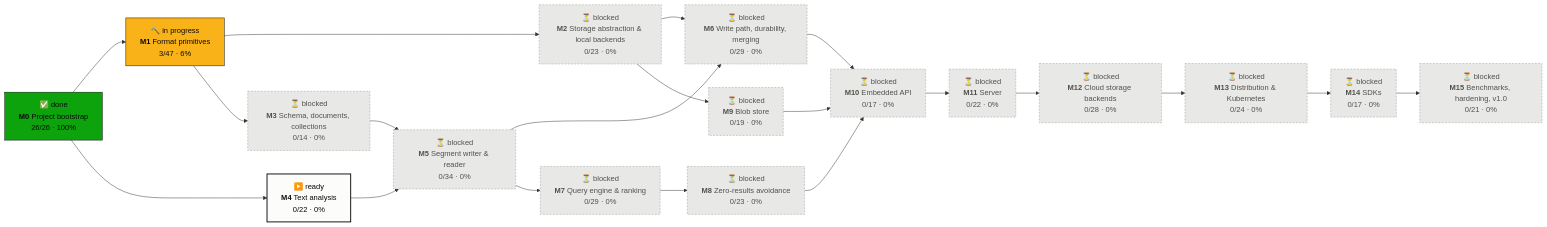
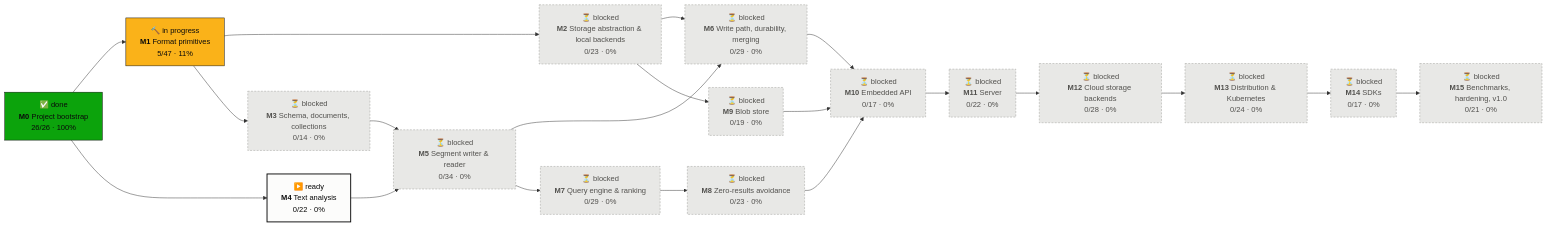
Before and after one commit to tomiok/persiaDB: the first of 2 diagrams in PROGRESS.md, drawn with Mermaid. The commit also changed other lines of this file and 6 other files, not shown here.

Commit message:
docs(spec): define varint encoding in §4.1; independent reference decoder (ROADMAP 1.1.2)

````diff
--- a/PROGRESS.md
+++ b/PROGRESS.md
@@ -14,42 +14,42 @@
 ```mermaid
 flowchart LR
   M0["✅ done<br/><b>M0</b> Project bootstrap<br/>26/26 · 100%"]:::done
-  M1["🔨 in progress<br/><b>M1</b> Format primitives<br/>3/47 · 6%"]:::doing
+  M1["🔨 in progress<br/><b>M1</b> Format primitives<br/>5/47 · 11%"]:::doing
   M2["⏳ blocked<br/><b>M2</b> Storage abstraction & local backends<br/>0/23 · 0%"]:::blocked
   M3["⏳ blocked<br/><b>M3</b> Schema, documents, collections<br/>0/14 · 0%"]:::blocked
   M4["▶️ ready<br/><b>M4</b> Text analysis<br/>0/22 · 0%"]:::ready
   M5["⏳ blocked<br/><b>M5</b> Segment writer & reader<br/>0/34 · 0%"]:::blocked
   M6["⏳ blocked<br/><b>M6</b> Write path, durability, merging<br/>0/29 · 0%"]:::blocked
   M7["⏳ blocked<br/><b>M7</b> Query engine & ranking<br/>0/29 · 0%"]:::blocked
   M8["⏳ blocked<br/><b>M8</b> Zero-results avoidance<br/>0/23 · 0%"]:::blocked
   M9["⏳ blocked<br/><b>M9</b> Blob store<br/>0/19 · 0%"]:::blocked
   M10["⏳ blocked<br/><b>M10</b> Embedded API<br/>0/17 · 0%"]:::blocked
   M11["⏳ blocked<br/><b>M11</b> Server<br/>0/22 · 0%"]:::blocked
   M12["⏳ blocked<br/><b>M12</b> Cloud storage backends<br/>0/28 · 0%"]:::blocked
   M13["⏳ blocked<br/><b>M13</b> Distribution & Kubernetes<br/>0/24 · 0%"]:::blocked
   M14["⏳ blocked<br/><b>M14</b> SDKs<br/>0/17 · 0%"]:::blocked
   M15["⏳ blocked<br/><b>M15</b> Benchmarks, hardening, v1.0<br/>0/21 · 0%"]:::blocked
   M0 --> M1
   M1 --> M2
   M1 --> M3
   M0 --> M4
   M3 --> M5
   M4 --> M5
   M2 --> M6
   M5 --> M6
   M5 --> M7
   M7 --> M8
   M2 --> M9
   M6 --> M10
   M8 --> M10
   M9 --> M10
   M10 --> M11
   M11 --> M12
   M12 --> M13
   M13 --> M14
   M14 --> M15
   classDef done fill:#0ca30c,stroke:#0b0b0b,color:#0b0b0b
   classDef doing fill:#fab219,stroke:#0b0b0b,color:#0b0b0b
   classDef ready fill:#fcfcfb,stroke:#0b0b0b,stroke-width:2px,color:#0b0b0b
   classDef blocked fill:#e8e8e6,stroke:#9a9a96,stroke-dasharray:4 3,color:#52514e
 ```
````
